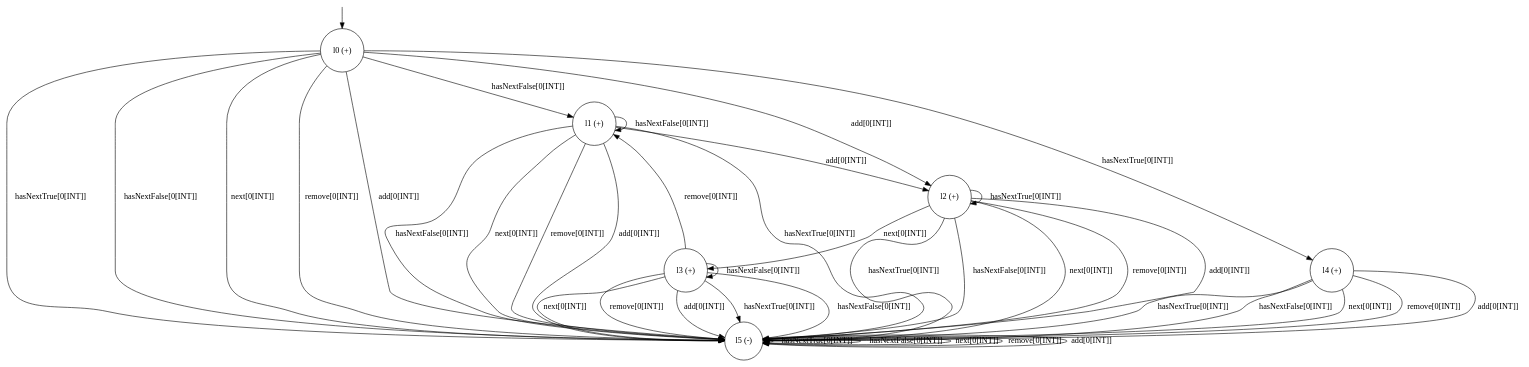
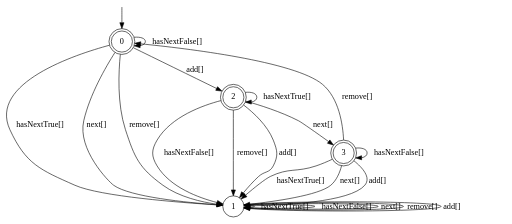
The diagram in ra-out.dot (rasofema/fyp-specification-miner), drawn with Graphviz before and after one commit. The commit also changed 5 other files, not shown here.

```diff
--- a/ra-out.dot
+++ b/ra-out.dot
@@ -1,52 +1,31 @@
 digraph g {
 
-	s0 [shape="circle" label="l0 (+)"];
-	s1 [shape="circle" label="l1 (+)"];
-	s2 [shape="circle" label="l2 (+)"];
-	s3 [shape="circle" label="l3 (+)"];
-	s4 [shape="circle" label="l4 (+)"];
-	s5 [shape="circle" label="l5 (-)"];
-	s0 -> s4 [label="hasNextTrue[0[INT]]"];
-	s0 -> s5 [label="hasNextTrue[0[INT]]"];
-	s0 -> s1 [label="hasNextFalse[0[INT]]"];
-	s0 -> s5 [label="hasNextFalse[0[INT]]"];
-	s0 -> s5 [label="next[0[INT]]"];
-	s0 -> s5 [label="remove[0[INT]]"];
-	s0 -> s2 [label="add[0[INT]]"];
-	s0 -> s5 [label="add[0[INT]]"];
-	s1 -> s5 [label="hasNextTrue[0[INT]]"];
-	s1 -> s1 [label="hasNextFalse[0[INT]]"];
-	s1 -> s5 [label="hasNextFalse[0[INT]]"];
-	s1 -> s5 [label="next[0[INT]]"];
-	s1 -> s5 [label="remove[0[INT]]"];
-	s1 -> s2 [label="add[0[INT]]"];
-	s1 -> s5 [label="add[0[INT]]"];
-	s2 -> s2 [label="hasNextTrue[0[INT]]"];
-	s2 -> s5 [label="hasNextTrue[0[INT]]"];
-	s2 -> s5 [label="hasNextFalse[0[INT]]"];
-	s2 -> s3 [label="next[0[INT]]"];
-	s2 -> s5 [label="next[0[INT]]"];
-	s2 -> s5 [label="remove[0[INT]]"];
-	s2 -> s5 [label="add[0[INT]]"];
-	s3 -> s5 [label="hasNextTrue[0[INT]]"];
-	s3 -> s3 [label="hasNextFalse[0[INT]]"];
-	s3 -> s5 [label="hasNextFalse[0[INT]]"];
-	s3 -> s5 [label="next[0[INT]]"];
-	s3 -> s1 [label="remove[0[INT]]"];
-	s3 -> s5 [label="remove[0[INT]]"];
-	s3 -> s5 [label="add[0[INT]]"];
-	s4 -> s5 [label="hasNextTrue[0[INT]]"];
-	s4 -> s5 [label="hasNextFalse[0[INT]]"];
-	s4 -> s5 [label="next[0[INT]]"];
-	s4 -> s5 [label="remove[0[INT]]"];
-	s4 -> s5 [label="add[0[INT]]"];
-	s5 -> s5 [label="hasNextTrue[0[INT]]"];
-	s5 -> s5 [label="hasNextFalse[0[INT]]"];
-	s5 -> s5 [label="next[0[INT]]"];
-	s5 -> s5 [label="remove[0[INT]]"];
-	s5 -> s5 [label="add[0[INT]]"];
+	s0 [shape="doublecircle" label="0"];
+	s1 [shape="circle" label="1"];
+	s2 [shape="doublecircle" label="2"];
+	s3 [shape="doublecircle" label="3"];
+	s0 -> s1 [label="hasNextTrue[]"];
+	s0 -> s0 [label="hasNextFalse[]"];
+	s0 -> s1 [label="next[]"];
+	s0 -> s1 [label="remove[]"];
+	s0 -> s2 [label="add[]"];
+	s1 -> s1 [label="hasNextTrue[]"];
+	s1 -> s1 [label="hasNextFalse[]"];
+	s1 -> s1 [label="next[]"];
+	s1 -> s1 [label="remove[]"];
+	s1 -> s1 [label="add[]"];
+	s2 -> s2 [label="hasNextTrue[]"];
+	s2 -> s1 [label="hasNextFalse[]"];
+	s2 -> s3 [label="next[]"];
+	s2 -> s1 [label="remove[]"];
+	s2 -> s1 [label="add[]"];
+	s3 -> s1 [label="hasNextTrue[]"];
+	s3 -> s3 [label="hasNextFalse[]"];
+	s3 -> s1 [label="next[]"];
+	s3 -> s0 [label="remove[]"];
+	s3 -> s1 [label="add[]"];
 
 __start0 [label="" shape="none" width="0" height="0"];
 __start0 -> s0;
 
 }
```
